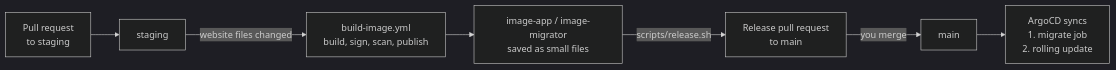
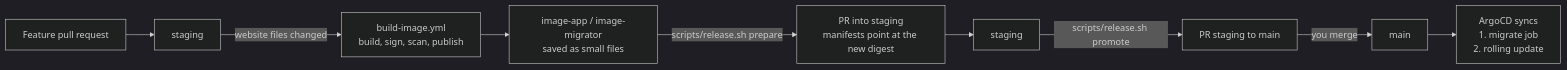
Before and after one commit to BamiseOmolaso/cloudportfoliowebsite: the diagram in docs/infra/runbooks/03-release-and-rollback.md, drawn with Mermaid (dark theme). The commit also changed other lines of this file and 5 other files, not shown here.

Commit message:
ci: one-direction release flow (prepare into staging, then promote staging to main)

````diff
--- a/docs/infra/runbooks/03-release-and-rollback.md
+++ b/docs/infra/runbooks/03-release-and-rollback.md
@@ -17,9 +20,11 @@
 ```mermaid
 flowchart LR
-  PR["Pull request<br/>to staging"] --> ST["staging"]
+  F["Feature pull request"] --> ST["staging"]
   ST -->|"website files changed"| B["build-image.yml<br/>build, sign, scan, publish"]
   B --> A["image-app / image-migrator<br/>saved as small files"]
-  A -->|"scripts/release.sh"| R["Release pull request<br/>to main"]
-  R -->|"you merge"| M["main"]
+  A -->|"scripts/release.sh prepare"| P1["PR into staging<br/>manifests point at the new digest"]
+  P1 --> ST2["staging"]
+  ST2 -->|"scripts/release.sh promote"| P2["PR staging to main"]
+  P2 -->|"you merge"| M["main"]
   M --> ARGO["ArgoCD syncs<br/>1. migrate job<br/>2. rolling update"]
 ```
````
